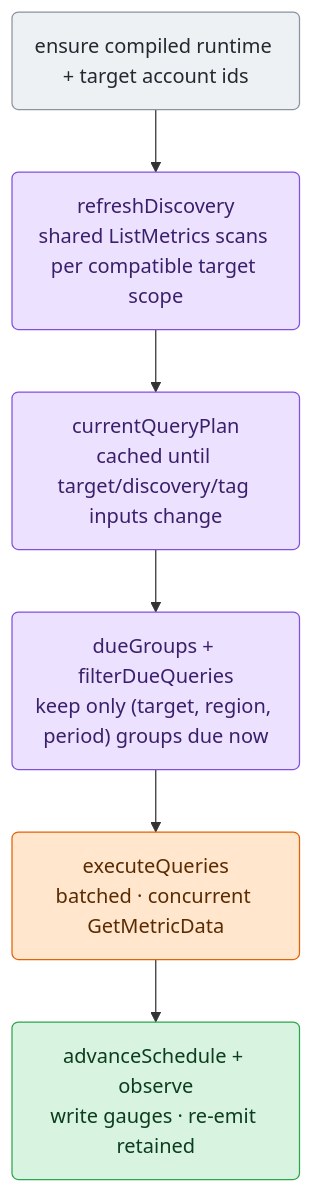
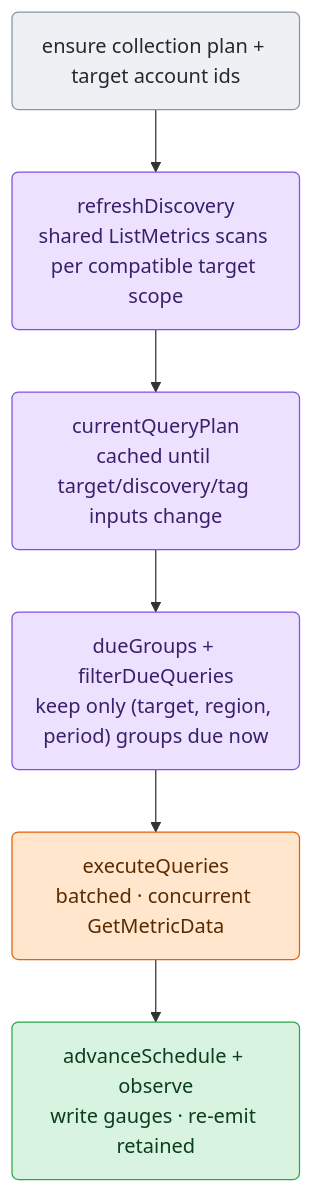
The third of 3 diagrams in src/go/plugin/go.d/collector/cloudwatch/ARCHITECTURE.md (netdata/netdata), drawn with Mermaid before and after one commit. The commit also changed other lines of this file and 14 other files, not shown here.

````diff
--- a/src/go/plugin/go.d/collector/cloudwatch/ARCHITECTURE.md
+++ b/src/go/plugin/go.d/collector/cloudwatch/ARCHITECTURE.md
@@ -121,21 +121,21 @@
 ```mermaid
 flowchart TD
-    A("ensure compiled runtime + target account ids")
+    A("ensure collection plan + target account ids")
     B("refreshDiscovery<br/>shared ListMetrics scans per compatible target scope")
     C("currentQueryPlan<br/>cached until target/discovery/tag inputs change")
     D("dueGroups + filterDueQueries<br/>keep only (target, region, period) groups due now")
     E("executeQueries<br/>batched · concurrent GetMetricData")
     F("advanceSchedule + observe<br/>write gauges · re-emit retained")
 
     A --> B --> C --> D --> E --> F
 
     classDef input fill:#eef1f4,stroke:#8b949e,color:#24292f;
     classDef sched fill:#ece2ff,stroke:#8250df,color:#3b1f6b;
     classDef effect fill:#ffe6cc,stroke:#e36209,color:#5a2a00;
     classDef commit fill:#d8f3e0,stroke:#2da44e,color:#0b3d1f;
 
     class A input
     class B,C,D sched
     class E effect
     class F commit
 ```
````
